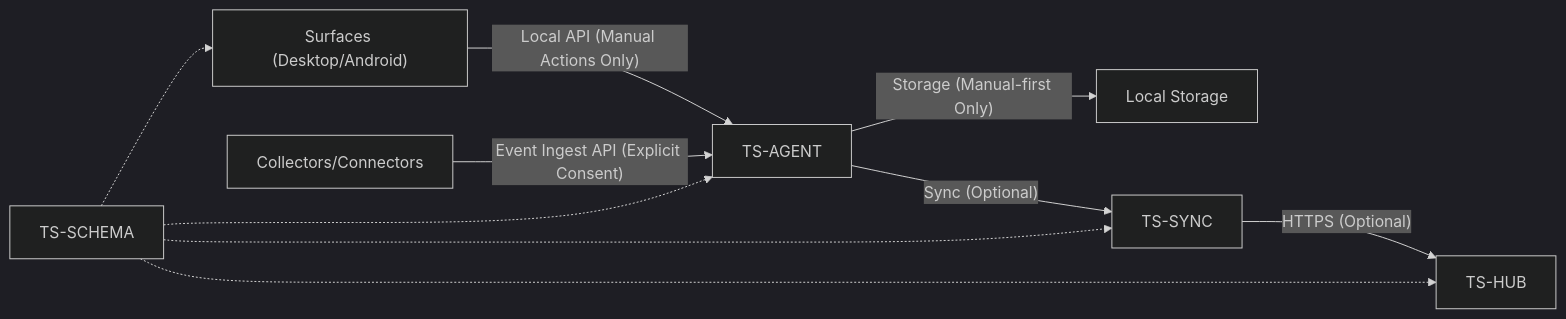
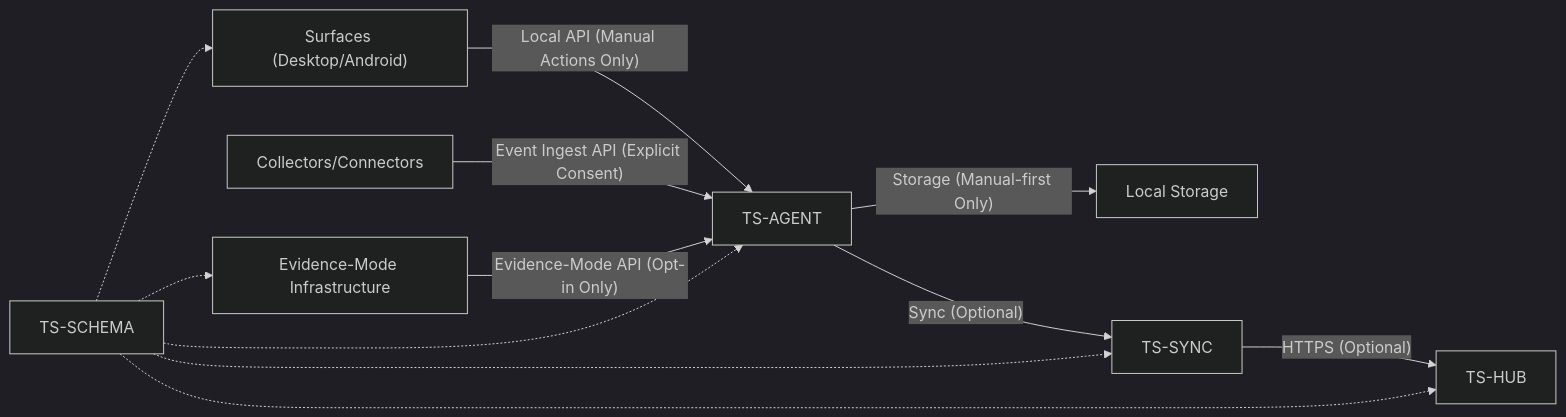
One commit to asukhodko/timeskein changed the fourth of 4 diagrams in .qoder/repowiki/en/content/Development Roadmap.md. Above: the diagram before and after it, drawn with Mermaid (dark theme). The commit also changed other lines of this file and 6 other files, not shown here.

First line of the commit message:
docs(adr): add ADR-0003 Evidence-Mode Opt-in architecture decision

````diff
--- a/.qoder/repowiki/en/content/Development Roadmap.md
+++ b/.qoder/repowiki/en/content/Development Roadmap.md
@@ -319,12 +418,14 @@
 ```mermaid
 graph LR
 SURF["Surfaces (Desktop/Android)"] --> |"Local API (Manual Actions Only)"| AG["TS-AGENT"]
 COL["Collectors/Connectors"] --> |"Event Ingest API (Explicit Consent)"| AG
+EM["Evidence-Mode Infrastructure"] --> |"Evidence-Mode API (Opt-in Only)"| AG
 AG --> |"Storage (Manual-first Only)"| DB["Local Storage"]
 AG --> |"Sync (Optional)"| SYNC["TS-SYNC"]
 SYNC --> |"HTTPS (Optional)"| HUB["TS-HUB"]
 SCHEMA["TS-SCHEMA"] -.-> SURF
 SCHEMA -.-> AG
 SCHEMA -.-> SYNC
 SCHEMA -.-> HUB
+SCHEMA -.-> EM
 ```
````
